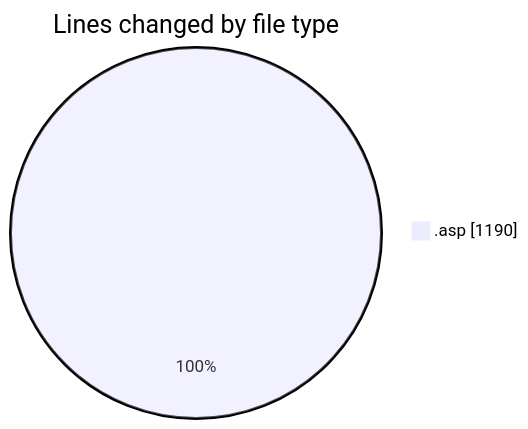
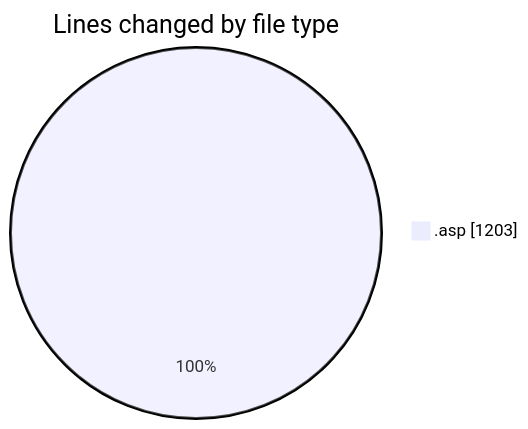
Before and after one commit to julien-gomy/code-tracking: the first of 2 diagrams in 2025-11-04/cdp_aleoudev_fr__workspace_/README.md, drawn with Mermaid. The commit also changed other lines of this file and 1 other file, not shown here.

````diff
--- a/2025-11-04/cdp_aleoudev_fr__workspace_/README.md
+++ b/2025-11-04/cdp_aleoudev_fr__workspace_/README.md
@@ -20,5 +20,5 @@
 ```mermaid
 pie showData
 title Lines changed by file type
-".asp" : 1190
+".asp" : 1203
 ```
````
